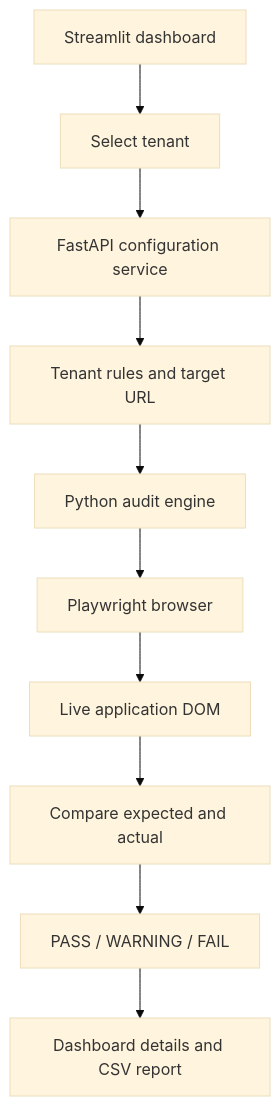
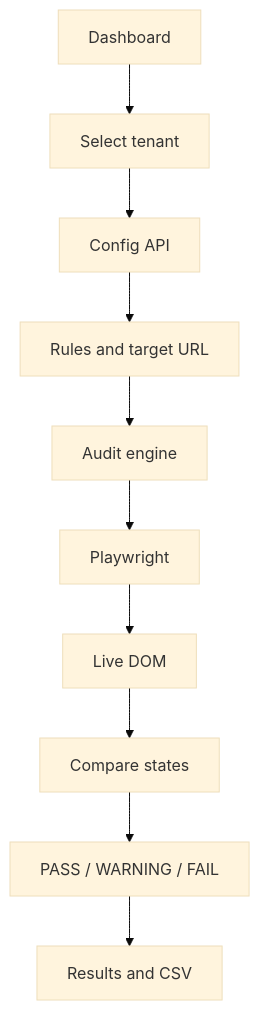
One commit to bbopaiahh/ai-quality-portfolio changed the diagram in ai-assistants/01-the-judge/README.md. Above: the diagram before and after it, drawn with Mermaid (base theme).

Commit message:
Tighten Judge workflow diagram labels
Keep the architecture diagram readable at the GitHub README width.

````diff
--- a/ai-assistants/01-the-judge/README.md
+++ b/ai-assistants/01-the-judge/README.md
@@ -51,12 +51,12 @@
 ```mermaid
 flowchart TD
-    A[Streamlit dashboard] --> B[Select tenant]
-    B --> C[FastAPI configuration service]
-    C --> D[Tenant rules and target URL]
-    D --> E[Python audit engine]
-    E --> F[Playwright browser]
-    F --> G[Live application DOM]
-    G --> H[Compare expected and actual]
+    A[Dashboard] --> B[Select tenant]
+    B --> C[Config API]
+    C --> D[Rules and target URL]
+    D --> E[Audit engine]
+    E --> F[Playwright]
+    F --> G[Live DOM]
+    G --> H[Compare states]
     H --> I[PASS / WARNING / FAIL]
-    I --> J[Dashboard details and CSV report]
+    I --> J[Results and CSV]
 ```
````
